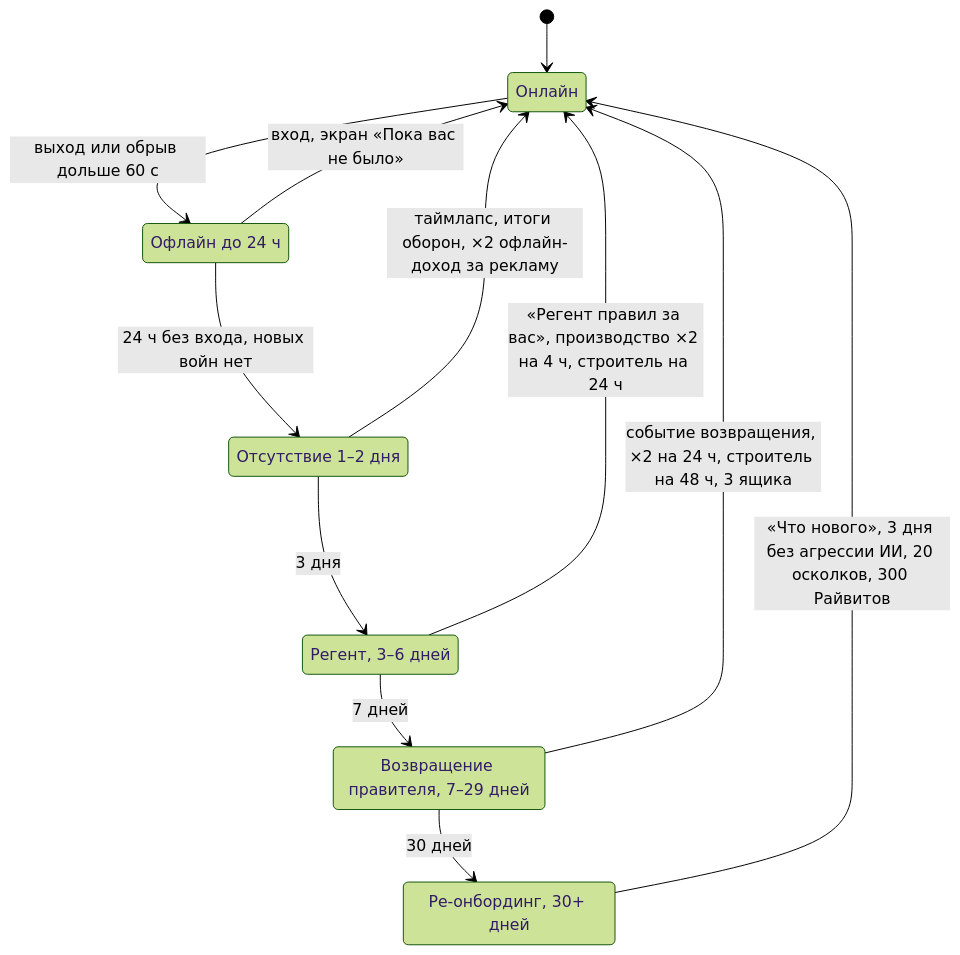
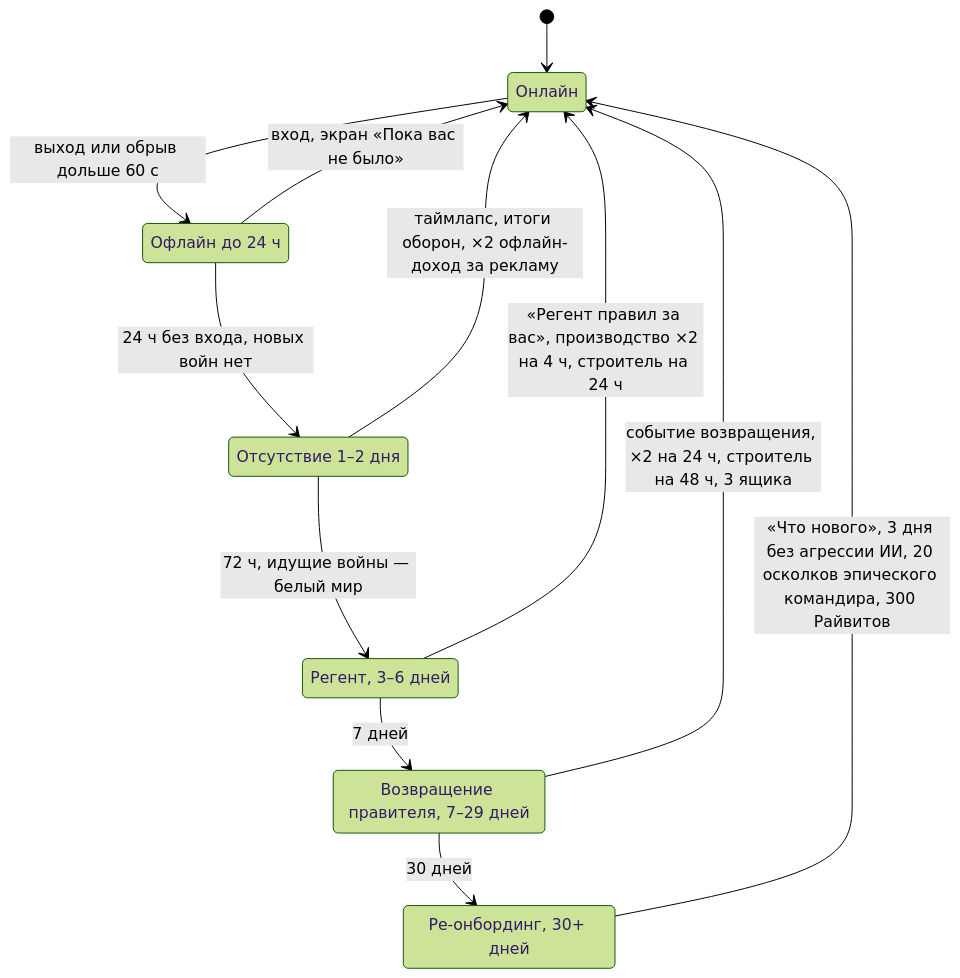
Before and after one commit to kaboomenko/Raivon: the eighth of 10 diagrams in docs/gdd/01_vision_core_loop.md, drawn with Mermaid (forest theme). The commit also changed other lines of this file and 12 other files, not shown here.

````diff
--- a/docs/gdd/01_vision_core_loop.md
+++ b/docs/gdd/01_vision_core_loop.md
@@ -685,20 +707,20 @@
 ```mermaid
 stateDiagram-v2
     state "Онлайн" as Online
     state "Офлайн до 24 ч" as Off
     state "Отсутствие 1–2 дня" as A1
     state "Регент, 3–6 дней" as A3
     state "Возвращение правителя, 7–29 дней" as A7
     state "Ре-онбординг, 30+ дней" as A30
     [*] --> Online
     Online --> Off: выход или обрыв дольше 60 с
     Off --> Online: вход, экран «Пока вас не было»
     Off --> A1: 24 ч без входа, новых войн нет
-    A1 --> A3: 3 дня
+    A1 --> A3: 72 ч, идущие войны — белый мир
     A3 --> A7: 7 дней
     A7 --> A30: 30 дней
     A1 --> Online: таймлапс, итоги оборон, ×2 офлайн-доход за рекламу
     A3 --> Online: «Регент правил за вас», производство ×2 на 4 ч, строитель на 24 ч
     A7 --> Online: событие возвращения, ×2 на 24 ч, строитель на 48 ч, 3 ящика
-    A30 --> Online: «Что нового», 3 дня без агрессии ИИ, 20 осколков, 300 Райвитов
+    A30 --> Online: «Что нового», 3 дня без агрессии ИИ, 20 осколков эпического командира, 300 Райвитов
 ```
````
